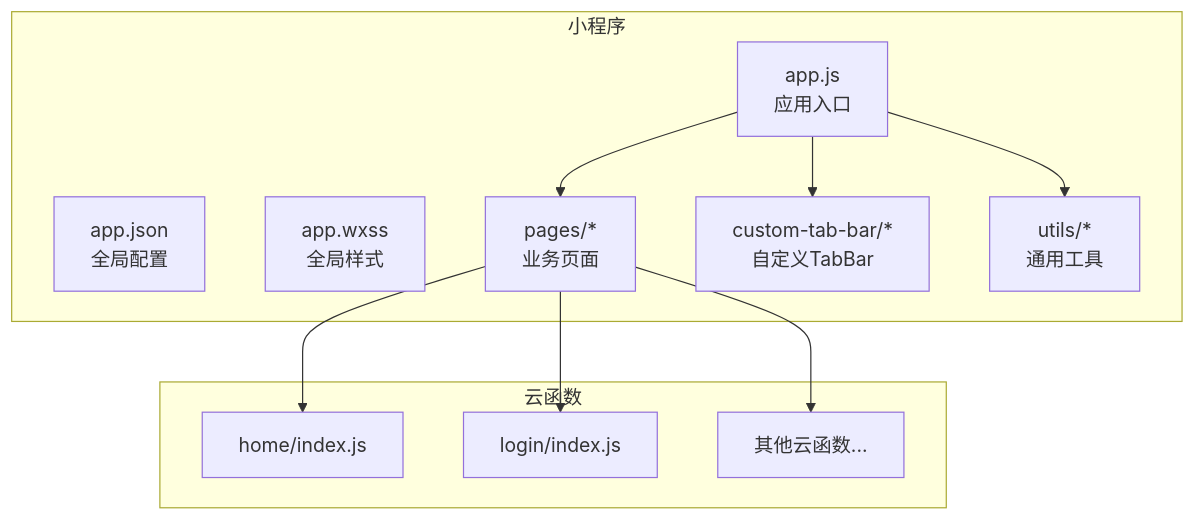
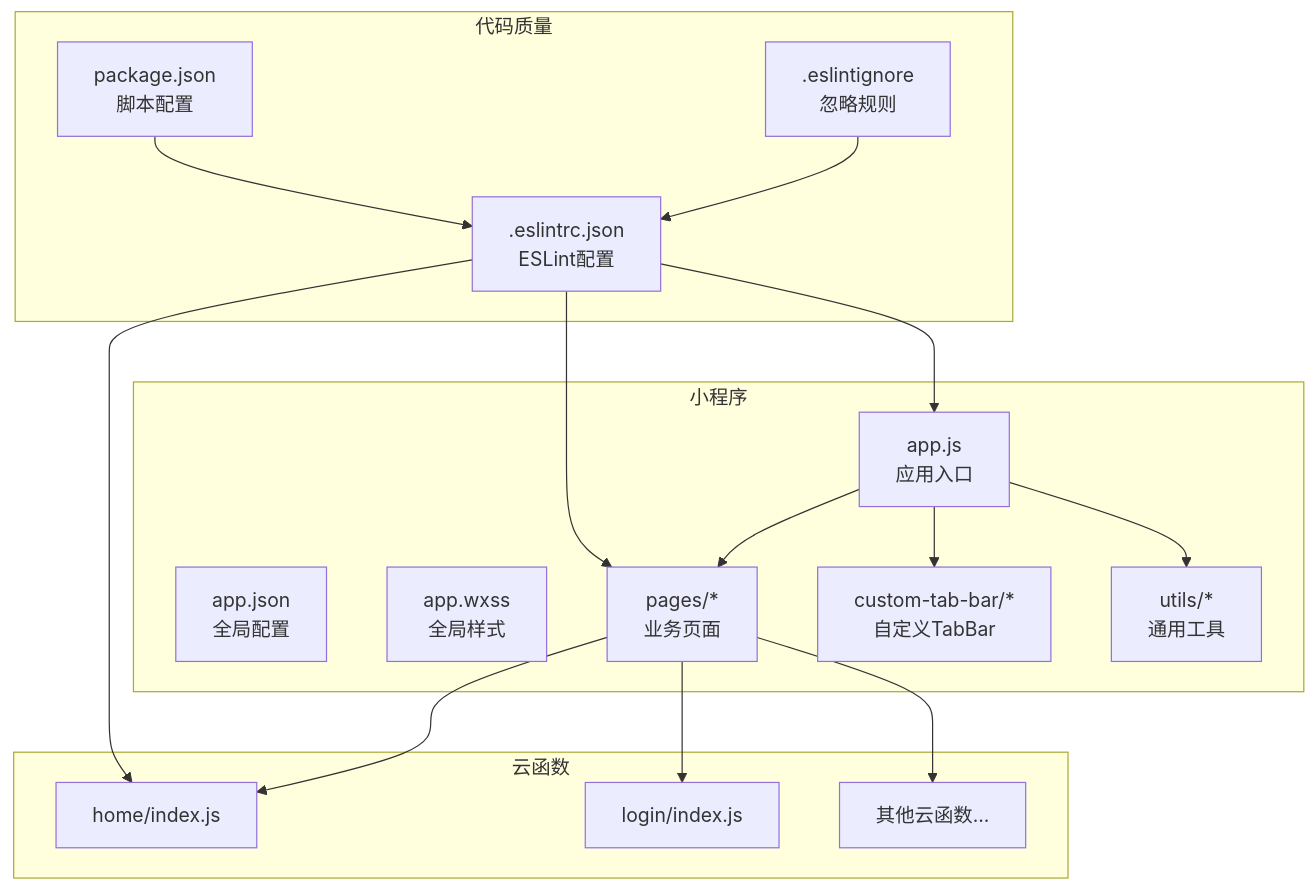
The first of 6 diagrams in .qoder/repowiki/zh/content/开发指南/代码规范.md (cwb7756/bio), drawn with Mermaid before and after one commit. The commit also changed other lines of this file and 45 other files, not shown here.

````diff
--- a/.qoder/repowiki/zh/content/开发指南/代码规范.md
+++ b/.qoder/repowiki/zh/content/开发指南/代码规范.md
@@ -48,22 +61,32 @@
 ```mermaid
 graph TB
 subgraph "小程序"
 A["app.js<br/>应用入口"]
 B["app.json<br/>全局配置"]
 C["app.wxss<br/>全局样式"]
 D["pages/*<br/>业务页面"]
 E["custom-tab-bar/*<br/>自定义TabBar"]
 F["utils/*<br/>通用工具"]
 end
 subgraph "云函数"
 G["home/index.js"]
 H["login/index.js"]
 I["其他云函数..."]
 end
+subgraph "代码质量"
+J[".eslintrc.json<br/>ESLint配置"]
+K[".eslintignore<br/>忽略规则"]
+L["package.json<br/>脚本配置"]
+end
 A --> D
 A --> E
 A --> F
 D --> G
 D --> H
 D --> I
+J --> A
+J --> D
+J --> G
+K --> J
+L --> J
 ```
````
